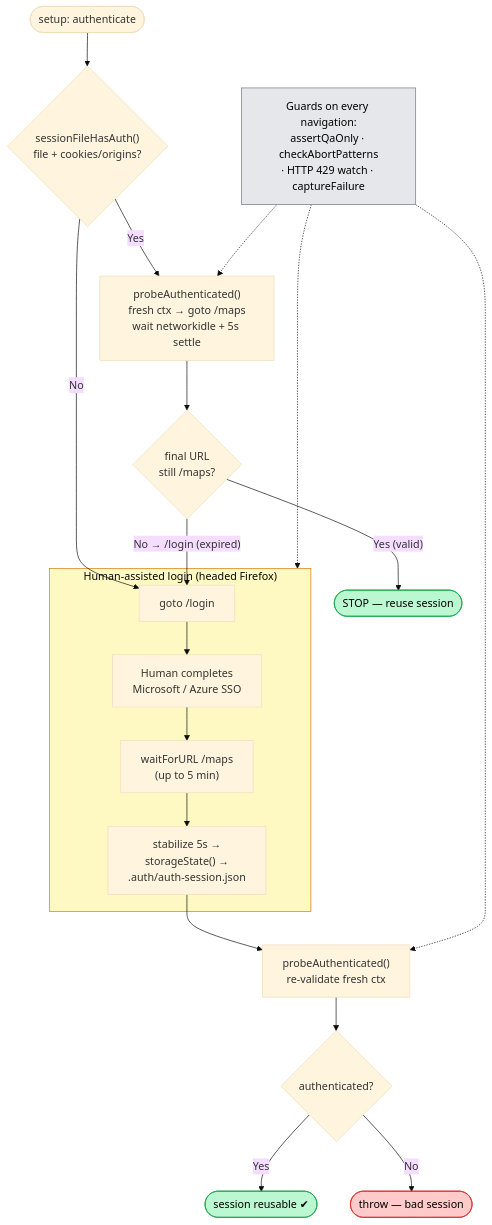
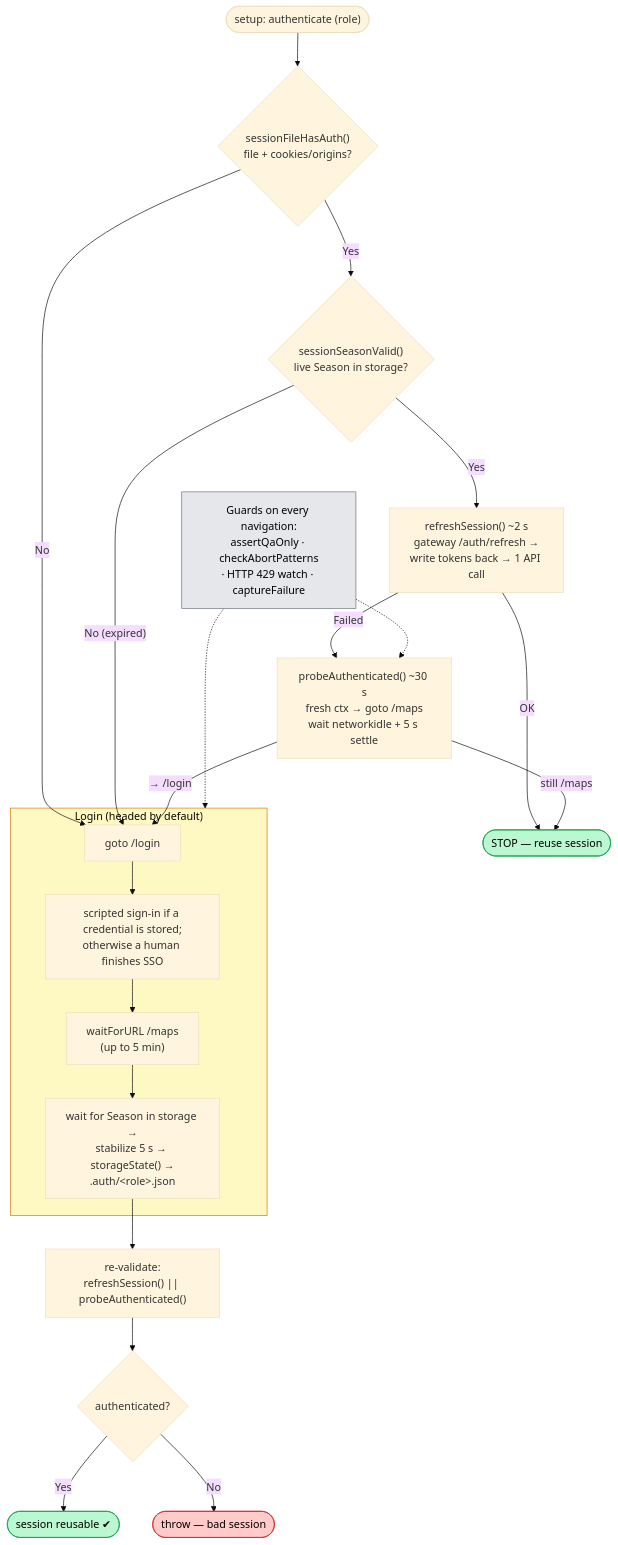
Before and after one commit to Zujaj/VannBrosPhaseTwo: the second of 3 diagrams in playwright/ARCHITECTURE.md, drawn with Mermaid (base theme). The commit also changed other lines of this file and 374 other files, not shown here.

````diff
--- a/playwright/ARCHITECTURE.md
+++ b/playwright/ARCHITECTURE.md
@@ -160,33 +181,35 @@
 ```mermaid
 flowchart TD
-    Start(["setup: authenticate"]) --> Has{"sessionFileHasAuth()<br/>file + cookies/origins?"}
+    Start(["setup: authenticate (role)"]) --> Has{"sessionFileHasAuth()<br/>file + cookies/origins?"}
 
     Has -->|No| Boot
-    Has -->|Yes| Probe1["probeAuthenticated()<br/>fresh ctx → goto /maps<br/>wait networkidle + 5s settle"]
+    Has -->|Yes| Season{"sessionSeasonValid()<br/>live Season in storage?"}
+    Season -->|"No (expired)"| Boot
+    Season -->|Yes| Refresh["refreshSession() ~2 s<br/>gateway /auth/refresh →<br/>write tokens back → 1 API call"]
 
-    Probe1 --> Valid{"final URL<br/>still /maps?"}
-    Valid -->|"Yes (valid)"| Done(["STOP — reuse session"])
-    Valid -->|"No → /login (expired)"| Boot
+    Refresh -->|OK| Done(["STOP — reuse session"])
+    Refresh -->|Failed| Probe1["probeAuthenticated() ~30 s<br/>fresh ctx → goto /maps<br/>wait networkidle + 5 s settle"]
+    Probe1 -->|"still /maps"| Done
+    Probe1 -->|"→ /login"| Boot
 
-    subgraph BootGrp["Human-assisted login (headed Firefox)"]
-        Boot["goto /login"] --> Human["Human completes<br/>Microsoft / Azure SSO"]
-        Human --> WaitMaps["waitForURL /maps<br/>(up to 5 min)"]
-        WaitMaps --> Save["stabilize 5s →<br/>storageState() →<br/>.auth/auth-session.json"]
+    subgraph BootGrp["Login (headed by default)"]
+        Boot["goto /login"] --> Sign["scripted sign-in if a credential is stored;<br/>otherwise a human finishes SSO"]
+        Sign --> WaitMaps["waitForURL /maps<br/>(up to 5 min)"]
+        WaitMaps --> Save["wait for Season in storage →<br/>stabilize 5 s → storageState() →<br/>.auth/&lt;role&gt;.json"]
     end
 
-    Save --> Probe2["probeAuthenticated()<br/>re-validate fresh ctx"]
+    Save --> Probe2["re-validate:<br/>refreshSession() || probeAuthenticated()"]
     Probe2 --> Assert{"authenticated?"}
     Assert -->|Yes| Done2(["session reusable ✔"])
     Assert -->|No| Fail(["throw — bad session"])
 
     Guards["Guards on every navigation:<br/>assertQaOnly · checkAbortPatterns<br/>· HTTP 429 watch · captureFailure"]
     Guards -.-> BootGrp
     Guards -.-> Probe1
-    Guards -.-> Probe2
 
     style Done fill:#bbf7d0,stroke:#16a34a,color:#000
     style Done2 fill:#bbf7d0,stroke:#16a34a,color:#000
     style Fail fill:#fecaca,stroke:#dc2626,color:#000
     style BootGrp fill:#fef9c3,stroke:#d97706
     style Guards fill:#e5e7eb,stroke:#6b7280,color:#000
 ```
````
